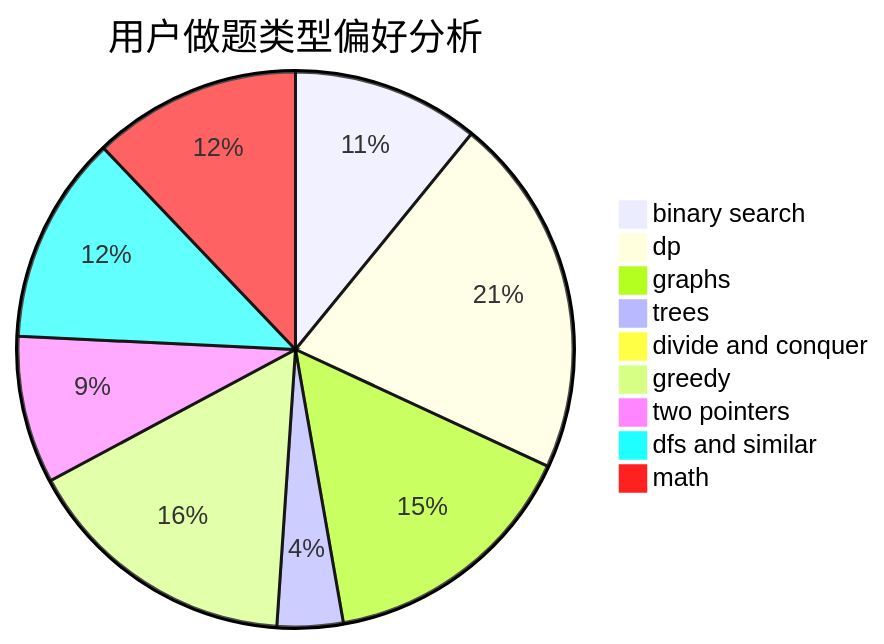
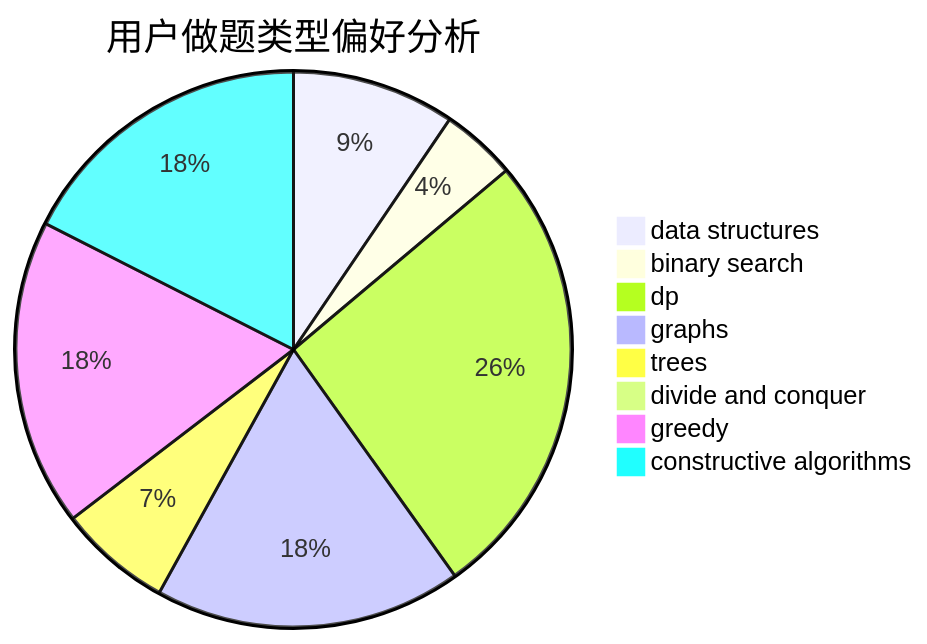
One commit to sherpahu/cfrs.github.io changed the second of 3 diagrams in docs/user/u1047.md. Above: the diagram before and after it, drawn with Mermaid. The commit also changed other lines of this file and 2775 other files, not shown here.

````diff
--- a/docs/user/u1047.md
+++ b/docs/user/u1047.md
@@ -23,12 +23,11 @@
 ```mermaid
 pie title 用户做题类型偏好分析
-    "binary search" :  71
-    "dp" :  137
-    "graphs" :  100
-    "trees" :  25
+    "data structures" :  26
+    "binary search" :  12
+    "dp" :  72
+    "graphs" :  49
+    "trees" :  18
     "divide and conquer" :  0
-    "greedy" :  105
-    "two pointers" :  56
-    "dfs and similar" :  79
-    "math" :  79
+    "greedy" :  49
+    "constructive algorithms" :  48
 ```
````
